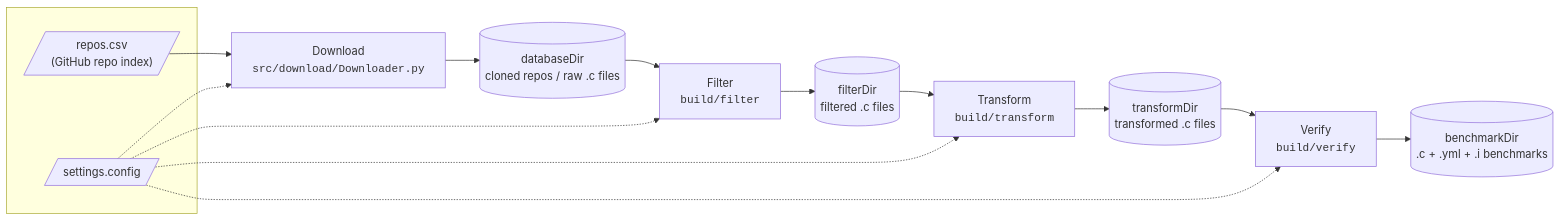
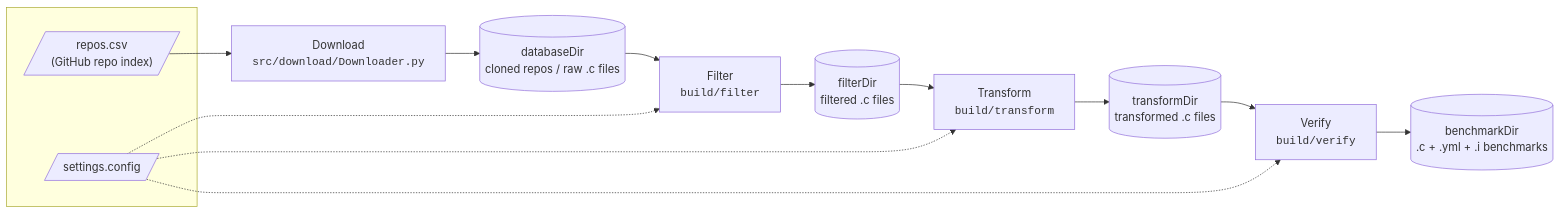
One commit to unl-pal/argv-c-transformer changed the first of 2 diagrams in docs/Design.md. Above: the diagram before and after it, drawn with Mermaid. The commit also changed other lines of this file and 32 other files, not shown here.

````diff
--- a/docs/Design.md
+++ b/docs/Design.md
@@ -17,31 +22,30 @@
 ```mermaid
 flowchart LR
     subgraph inputs[" "]
         CSV[/"repos.csv<br/>(GitHub repo index)"/]
         CFG[/"settings.config"/]
     end
 
     DL["Download<br/><code>src/download/Downloader.py</code>"]
     FI["Filter<br/><code>build/filter</code>"]
     TR["Transform<br/><code>build/transform</code>"]
     VF["Verify<br/><code>build/verify</code>"]
 
     DB[("databaseDir<br/>cloned repos / raw .c files")]
     FD[("filterDir<br/>filtered .c files")]
     TD[("transformDir<br/>transformed .c files")]
     BM[("benchmarkDir<br/>.c + .yml + .i benchmarks")]
 
     CSV --> DL
     DL --> DB
     DB --> FI
     FI --> FD
     FD --> TR
     TR --> TD
     TD --> VF
     VF --> BM
 
-    CFG -.-> DL
     CFG -.-> FI
     CFG -.-> TR
     CFG -.-> VF
 ```
````
